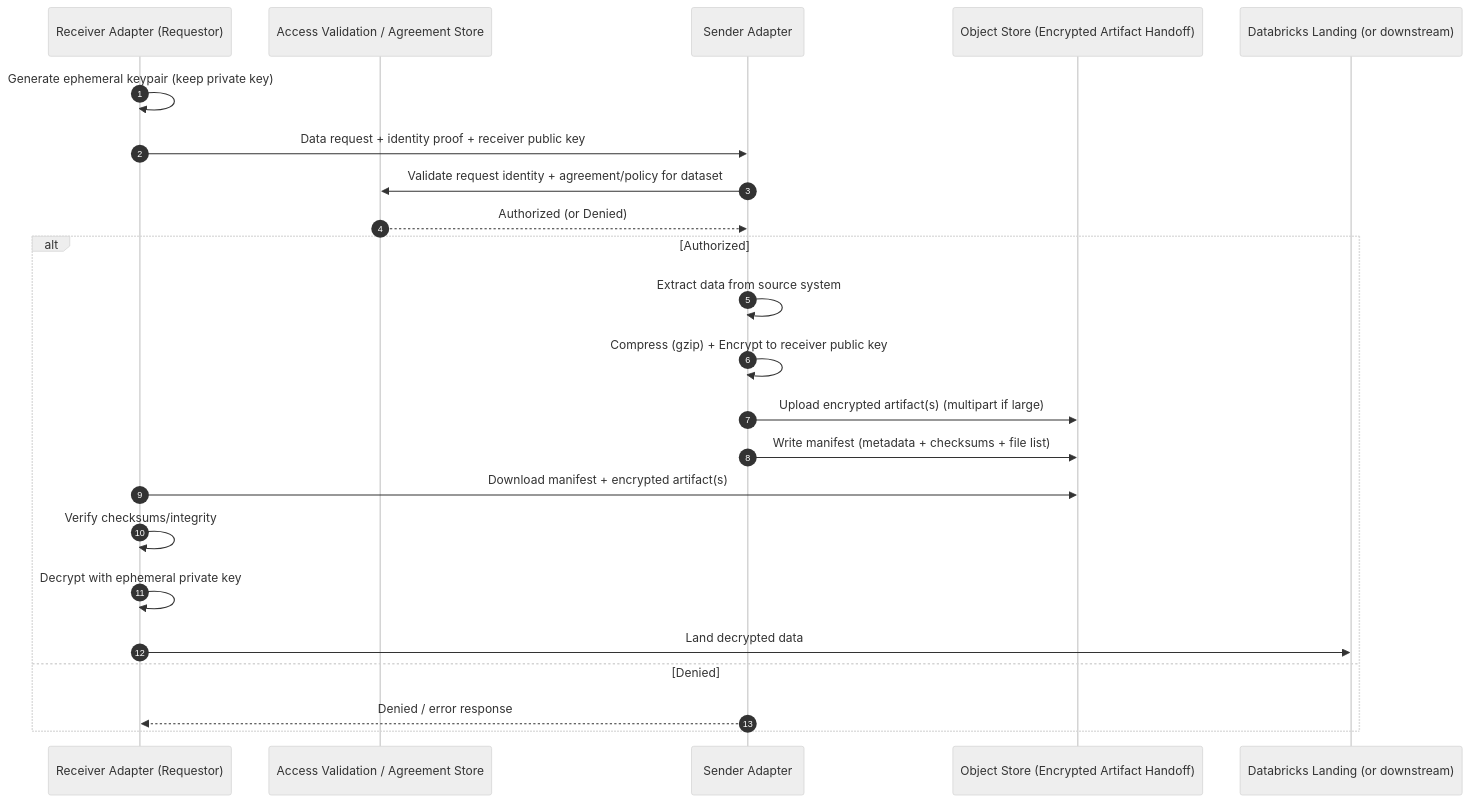
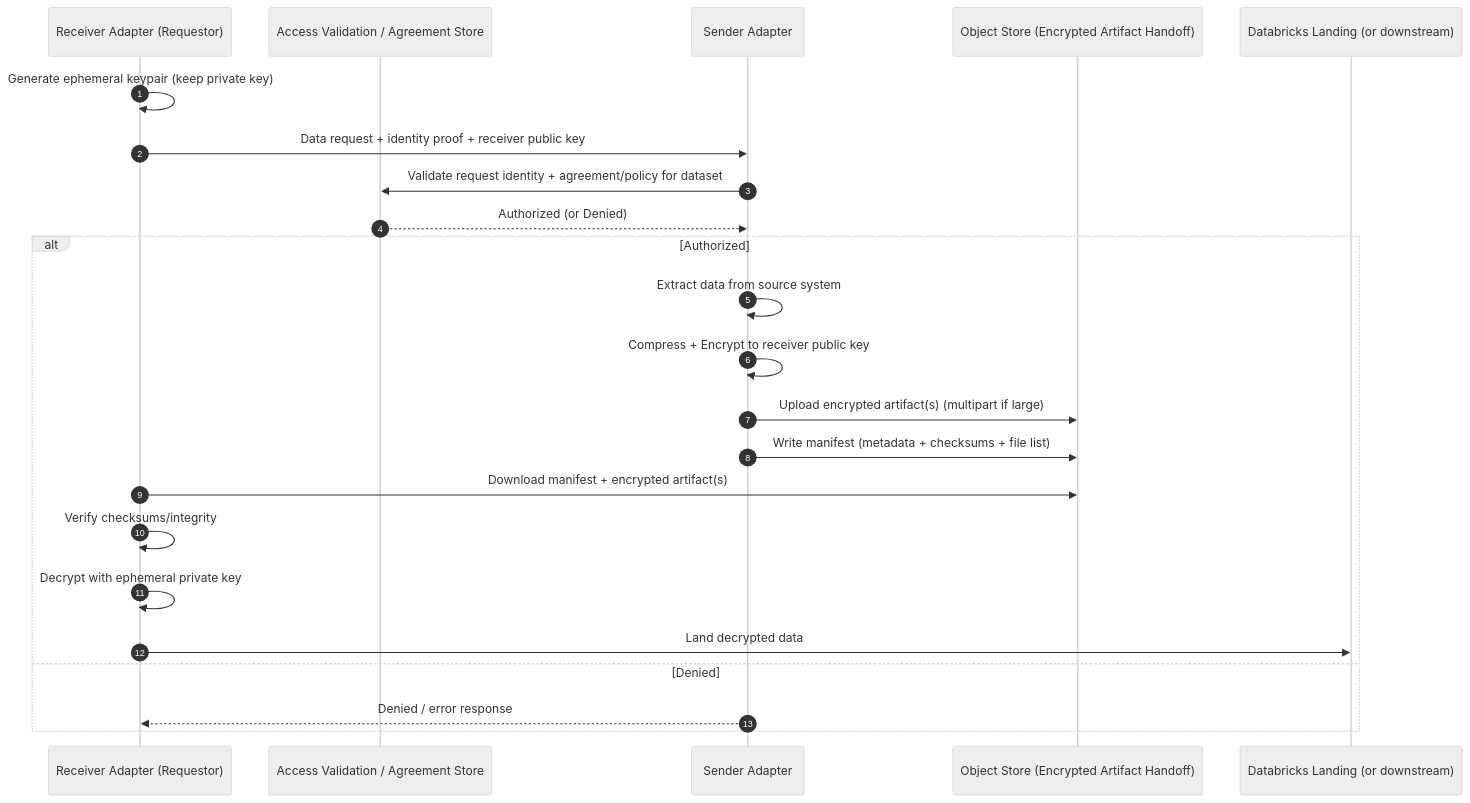
Before and after one commit to GSA-TTS/TTSE-Redwood: the first of 8 diagrams in docs/adr/0001-fde-architecture-diagrams.md, drawn with Mermaid (neutral theme). The commit also changed other lines of this file and 1 other file, not shown here.

First line of the commit message:
WIP: docs(dfd): Initial data flow representation dfd(v001)

````diff
--- a/docs/adr/0001-fde-architecture-diagrams.md
+++ b/docs/adr/0001-fde-architecture-diagrams.md
@@ -7,27 +7,27 @@
 ```mermaid
 sequenceDiagram
   autonumber
   participant R as Receiver Adapter (Requestor)
   participant AV as Access Validation / Agreement Store
   participant S as Sender Adapter
   participant S3 as Object Store (Encrypted Artifact Handoff)
   participant D as Databricks Landing (or downstream)
 
   R->>R: Generate ephemeral keypair (keep private key)
   R->>S: Data request + identity proof + receiver public key
   S->>AV: Validate request identity + agreement/policy for dataset
   AV-->>S: Authorized (or Denied)
 
   alt Authorized
     S->>S: Extract data from source system
-    S->>S: Compress (gzip) + Encrypt to receiver public key
+    S->>S: Compress + Encrypt to receiver public key
     S->>S3: Upload encrypted artifact(s) (multipart if large)
     S->>S3: Write manifest (metadata + checksums + file list)
     R->>S3: Download manifest + encrypted artifact(s)
     R->>R: Verify checksums/integrity
     R->>R: Decrypt with ephemeral private key
     R->>D: Land decrypted data
   else Denied
     S-->>R: Denied / error response
   end
 ```
````
